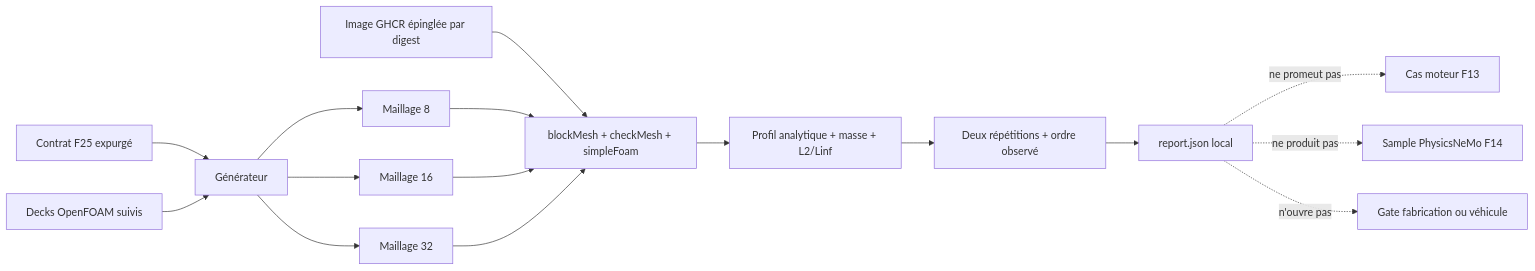
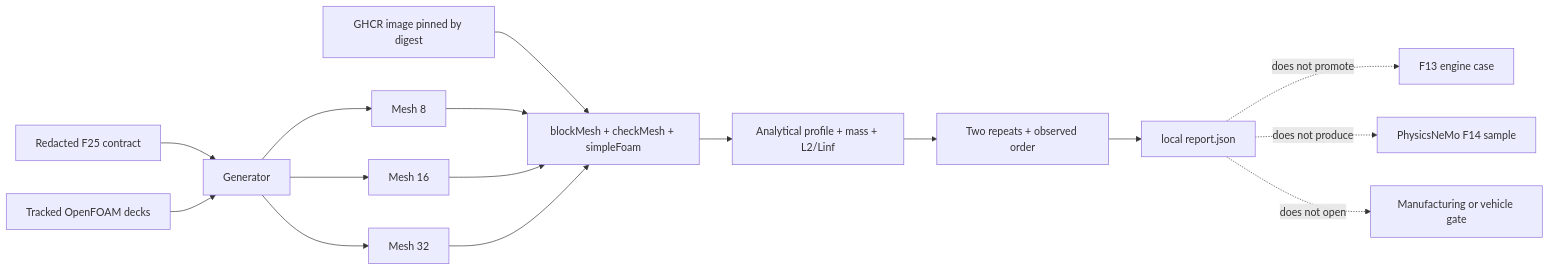
One commit to cluster2600/porscheparts changed the diagram in docs/OPENFOAM_POISEUILLE_VERIFICATION_F25.md. Above: the diagram before and after it, drawn with Mermaid. The commit also changed other lines of this file and 79 other files, not shown here.

````diff
--- a/docs/OPENFOAM_POISEUILLE_VERIFICATION_F25.md
+++ b/docs/OPENFOAM_POISEUILLE_VERIFICATION_F25.md
@@ -45,18 +44,18 @@
 ```mermaid
 flowchart LR
-    C[Contrat F25 expurgé] --> G[Générateur]
-    D[Decks OpenFOAM suivis] --> G
-    G --> M1[Maillage 8]
-    G --> M2[Maillage 16]
-    G --> M3[Maillage 32]
-    I[Image GHCR épinglée par digest] --> S[blockMesh + checkMesh + simpleFoam]
+    C[Redacted F25 contract] --> G[Generator]
+    D[Tracked OpenFOAM decks] --> G
+    G --> M1[Mesh 8]
+    G --> M2[Mesh 16]
+    G --> M3[Mesh 32]
+    I[GHCR image pinned by digest] --> S[blockMesh + checkMesh + simpleFoam]
     M1 --> S
     M2 --> S
     M3 --> S
-    S --> A[Profil analytique + masse + L2/Linf]
-    A --> R[Deux répétitions + ordre observé]
-    R --> P[report.json local]
-    P -. ne promeut pas .-> F13[Cas moteur F13]
-    P -. ne produit pas .-> F14[Sample PhysicsNeMo F14]
-    P -. n'ouvre pas .-> FAB[Gate fabrication ou véhicule]
+    S --> A[Analytical profile + mass + L2/Linf]
+    A --> R[Two repeats + observed order]
+    R --> P[local report.json]
+    P -. does not promote .-> F13[F13 engine case]
+    P -. does not produce .-> F14[PhysicsNeMo F14 sample]
+    P -. does not open .-> FAB[Manufacturing or vehicle gate]
 ```
````
